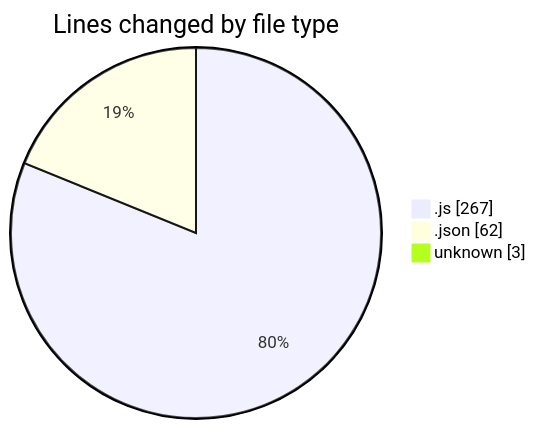
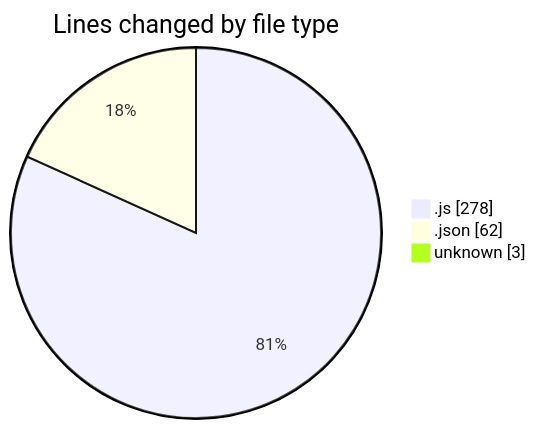
One commit to Ritupan-Deka/code-tracking changed the first of 2 diagrams in 2025-07-02/mern-thinkboard/README.md. Above: the diagram before and after it, drawn with Mermaid. The commit also changed other lines of this file and 1 other file, not shown here.

````diff
--- a/2025-07-02/mern-thinkboard/README.md
+++ b/2025-07-02/mern-thinkboard/README.md
@@ -28,7 +28,7 @@
 ```mermaid
 pie showData
 title Lines changed by file type
-".js" : 267
+".js" : 278
 ".json" : 62
 "unknown" : 3
 ```
````
